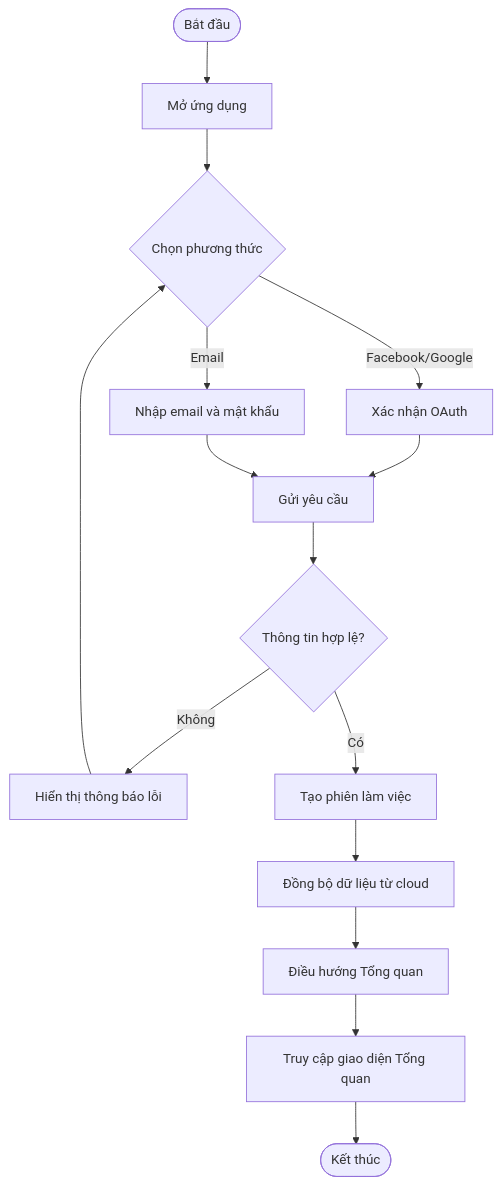
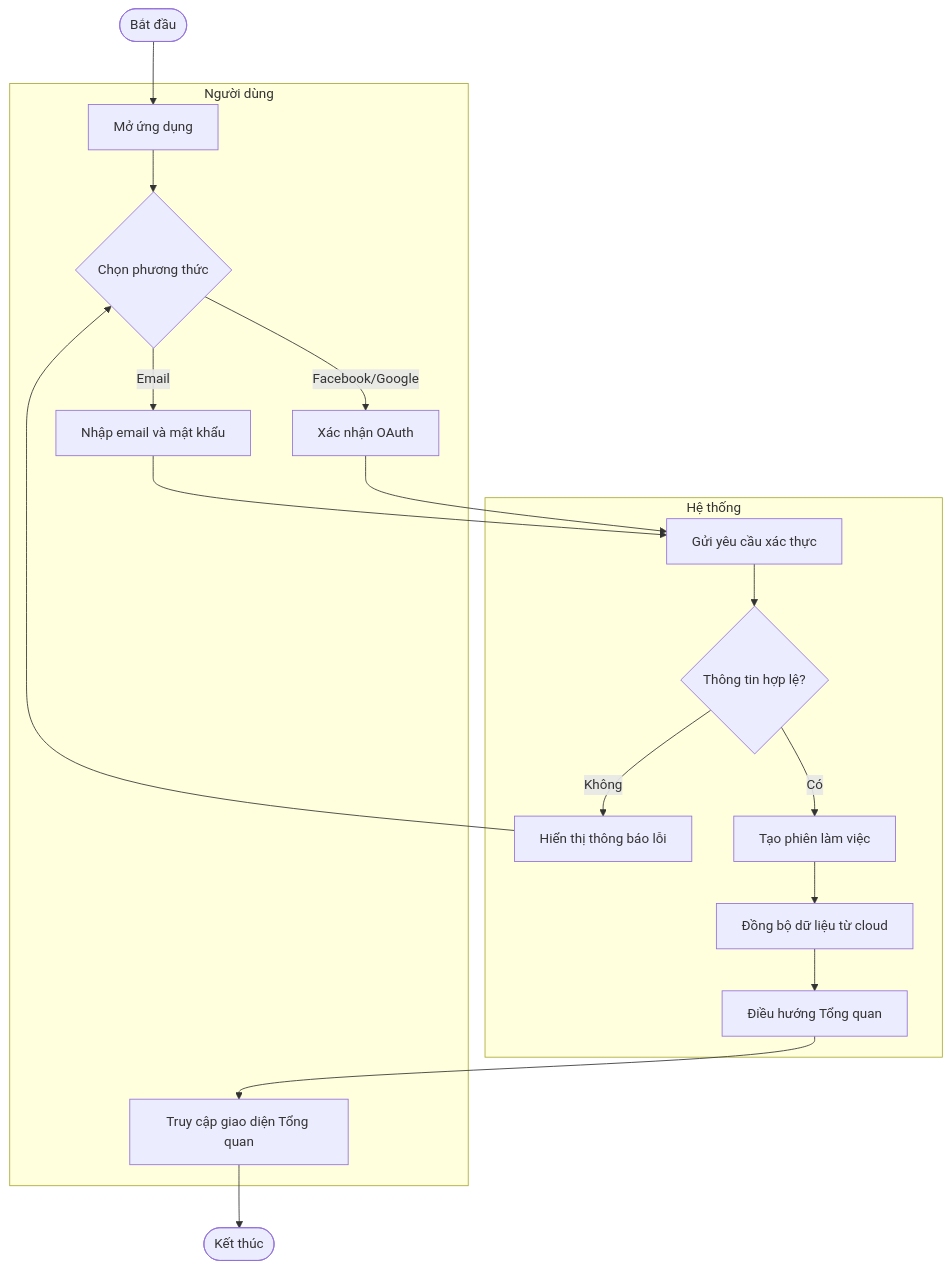
Before and after one commit to Hieu-vn/Graduation-Thesis: the second of 10 diagrams in Nghiên cứu MISA MoneyKeeper.md, drawn with Mermaid. The commit also changed other lines of this file, not shown here.

````diff
--- a/Nghiên cứu MISA MoneyKeeper.md
+++ b/Nghiên cứu MISA MoneyKeeper.md
@@ -66,16 +90,37 @@
 ```mermaid
 flowchart TD
-    A([Bắt đầu]) --> B[Mở ứng dụng]
-    B --> C{Chọn phương thức}
-    C -->|Facebook/Google| D[Xác nhận OAuth]
-    C -->|Email| E[Nhập email và mật khẩu]
-    D --> F[Gửi yêu cầu]
+    A([Bắt đầu])
+
+    subgraph NguoiDung["Người dùng"]
+        B[Mở ứng dụng]
+        C{Chọn phương thức}
+        D[Xác nhận OAuth]
+        E[Nhập email và mật khẩu]
+        J[Truy cập giao diện Tổng quan]
+    end
+
+    subgraph HeThong["Hệ thống"]
+        F[Gửi yêu cầu xác thực]
+        G{Thông tin hợp lệ?}
+        H[Hiển thị thông báo lỗi]
+        I[Tạo phiên làm việc]
+        I2[Đồng bộ dữ liệu từ cloud]
+        I3[Điều hướng Tổng quan]
+    end
+
+    K([Kết thúc])
+
+    A --> B
+    B --> C
+    C -->|Facebook/Google| D
+    C -->|Email| E
+    D --> F
     E --> F
-    F --> G{Thông tin hợp lệ?}
-    G -->|Không| H[Hiển thị thông báo lỗi] --> C
-    G -->|Có| I[Tạo phiên làm việc]
-    I --> I2[Đồng bộ dữ liệu từ cloud]
-    I2 --> I3[Điều hướng Tổng quan]
-    I3 --> J[Truy cập giao diện Tổng quan]
-    J --> K([Kết thúc])
+    F --> G
+    G -->|Không| H --> C
+    G -->|Có| I
+    I --> I2
+    I2 --> I3
+    I3 --> J
+    J --> K
 ```
````
